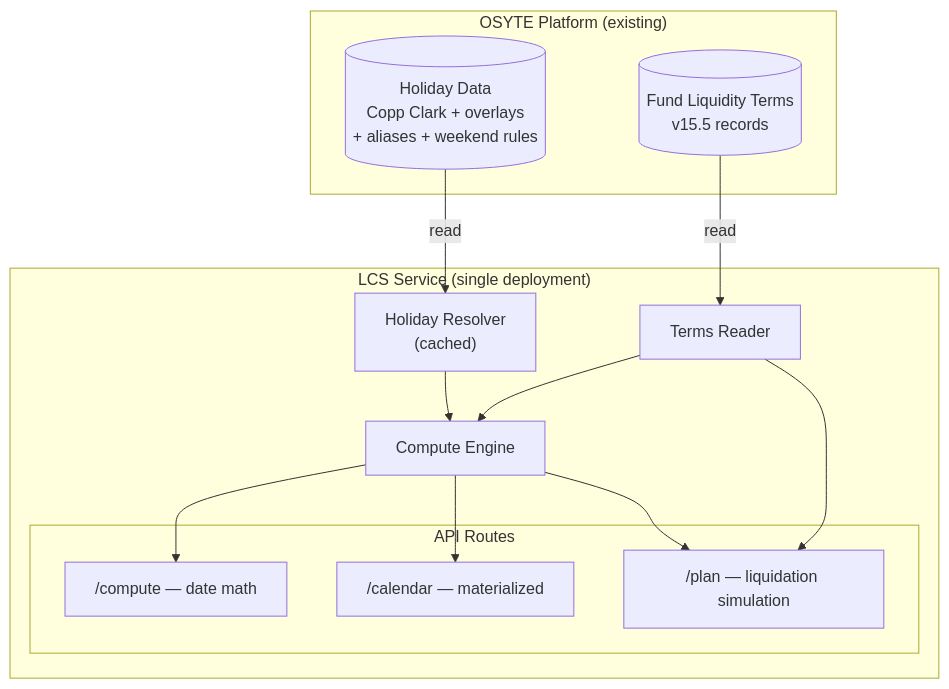
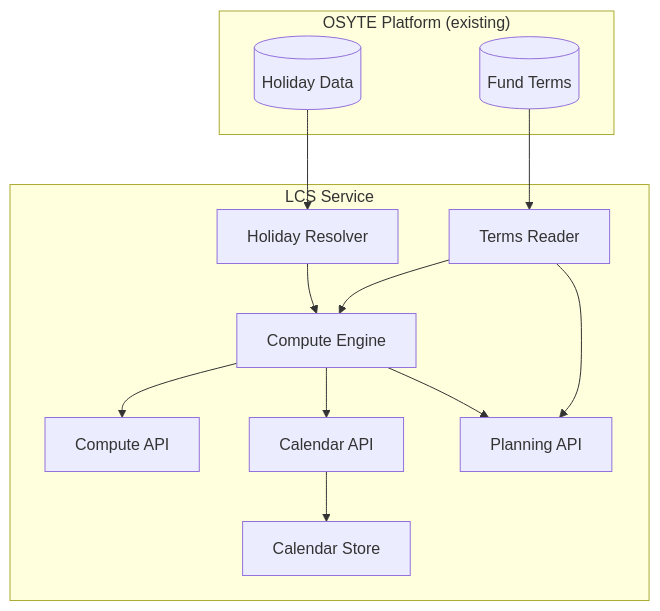
Before and after one commit to Ashu290905/OSYTE: the first of 3 diagrams in lcs-main/docs/architecture.md, drawn with Mermaid. The commit also changed other lines of this file, not shown here.

First line of the commit message:
Rewrite architecture: 3 separate APIs, simplified, examples throughout

````diff
--- a/lcs-main/docs/architecture.md
+++ b/lcs-main/docs/architecture.md
@@ -9,29 +25,28 @@
 ```mermaid
 graph TD
     subgraph OSYTE["OSYTE Platform (existing)"]
-        HD[("Holiday Data<br/>Copp Clark + overlays<br/>+ aliases + weekend rules")]
-        FT[("Fund Liquidity Terms<br/>v15.5 records")]
+        HD[("Holiday Data")]
+        FT[("Fund Terms")]
     end
 
-    subgraph LCS["LCS Service (single deployment)"]
-        HR["Holiday Resolver<br/>(cached)"]
+    subgraph LCS["LCS Service"]
+        HR["Holiday Resolver"]
         TR["Terms Reader"]
         CE["Compute Engine"]
-
-        subgraph ROUTES["API Routes"]
-            CA["/compute — date math"]
-            CLA["/calendar — materialized"]
-            PA["/plan — liquidation simulation"]
-        end
+        CompAPI["Compute API"]
+        CalAPI["Calendar API"]
+        CalStore["Calendar Store"]
+        PlanAPI["Planning API"]
 
         HR --> CE
         TR --> CE
-        CE --> CA
-        CE --> CLA
-        TR --> PA
-        CE --> PA
+        TR --> PlanAPI
+        CE --> CompAPI
+        CE --> CalAPI
+        CE --> PlanAPI
+        CalAPI --> CalStore
     end
 
-    HD -->|read| HR
-    FT -->|read| TR
+    HD --> HR
+    FT --> TR
 ```
````
